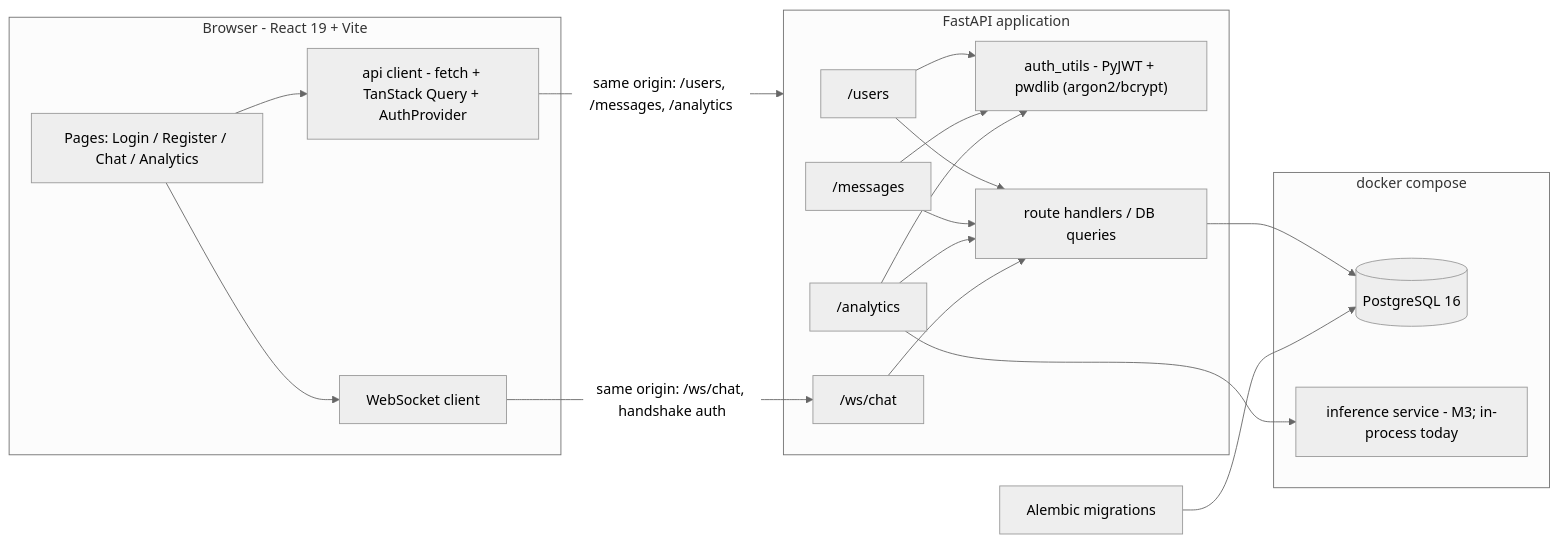
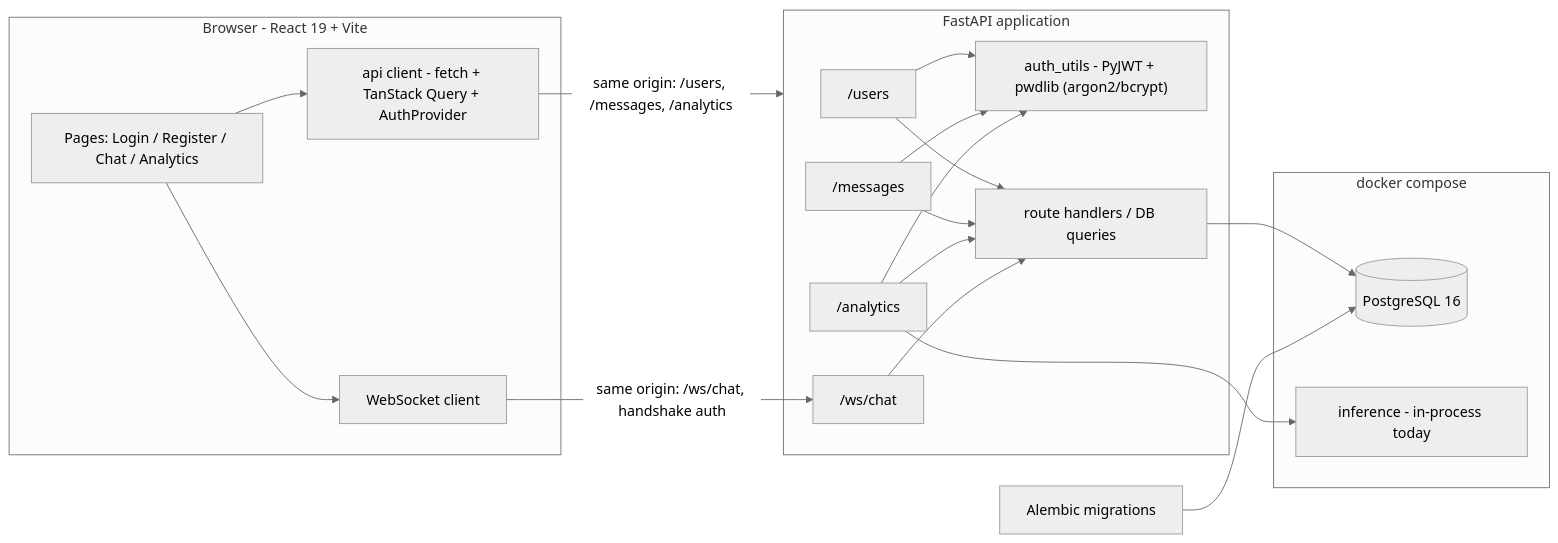
Before and after one commit to zoyaumar/Chat-Analyzer-AI: the diagram in README.md, drawn with Mermaid (neutral theme). The commit also changed other lines of this file and 3 other files, not shown here.

````diff
--- a/README.md
+++ b/README.md
@@ -103,39 +98,39 @@
 ```mermaid
 flowchart LR
     subgraph Browser["Browser - React 19 + Vite"]
         UI["Pages: Login / Register / Chat / Analytics"]
         CL["api client - fetch + TanStack Query + AuthProvider"]
         WSC["WebSocket client"]
     end
 
     subgraph API["FastAPI application"]
         R_USERS["/users"]
         R_MSG["/messages"]
         R_ANA["/analytics"]
         R_WS["/ws/chat"]
         AUTH["auth_utils - PyJWT + pwdlib (argon2/bcrypt)"]
         ROUTES["route handlers / DB queries"]
     end
 
     subgraph Compose["docker compose"]
         DB[("PostgreSQL 16")]
-        INF["inference service - M3; in-process today"]
+        INF["inference - in-process today"]
     end
 
     ALEMBIC["Alembic migrations"]
 
     UI --> CL
     UI --> WSC
     CL -- "same origin: /users, /messages, /analytics" --> API
     WSC -- "same origin: /ws/chat, handshake auth" --> R_WS
     R_USERS --> AUTH
     R_MSG --> AUTH
     R_ANA --> AUTH
     R_USERS --> ROUTES
     R_MSG --> ROUTES
     R_ANA --> ROUTES
     ROUTES --> DB
     R_WS --> ROUTES
     R_ANA --> INF
     ALEMBIC --> DB
 ```
````
